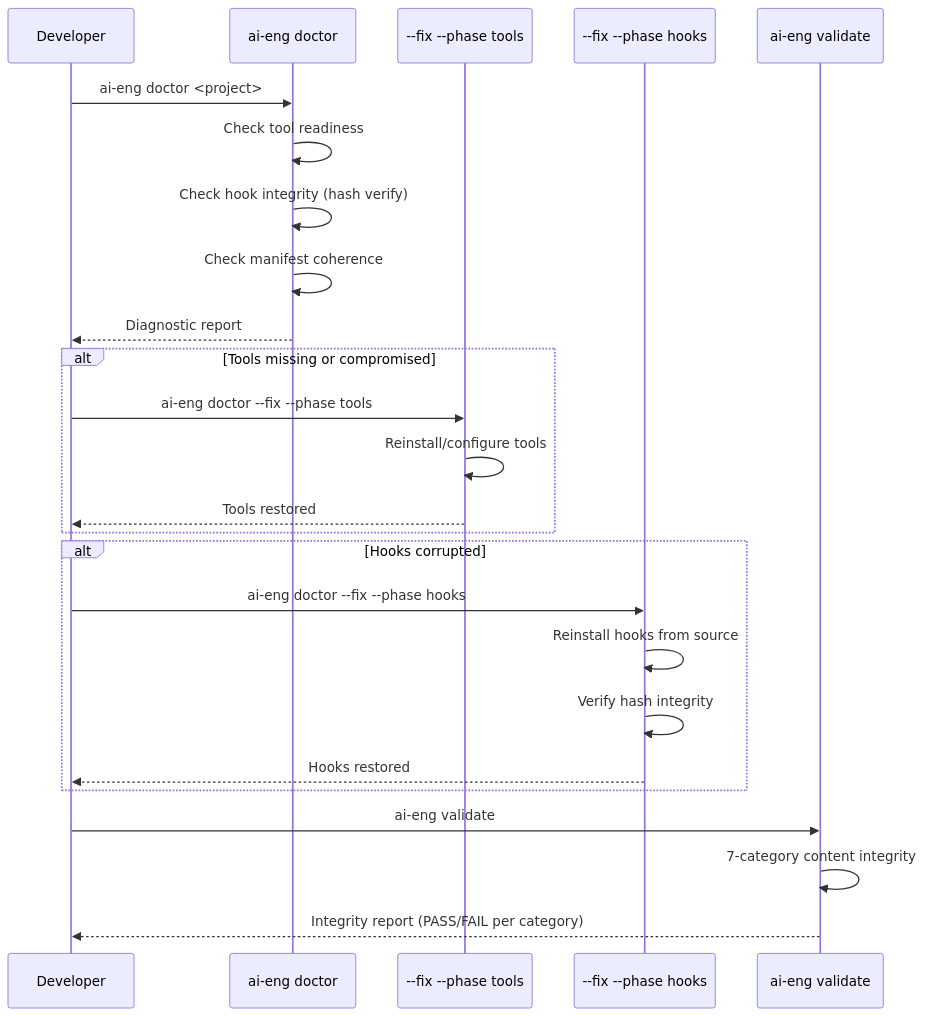
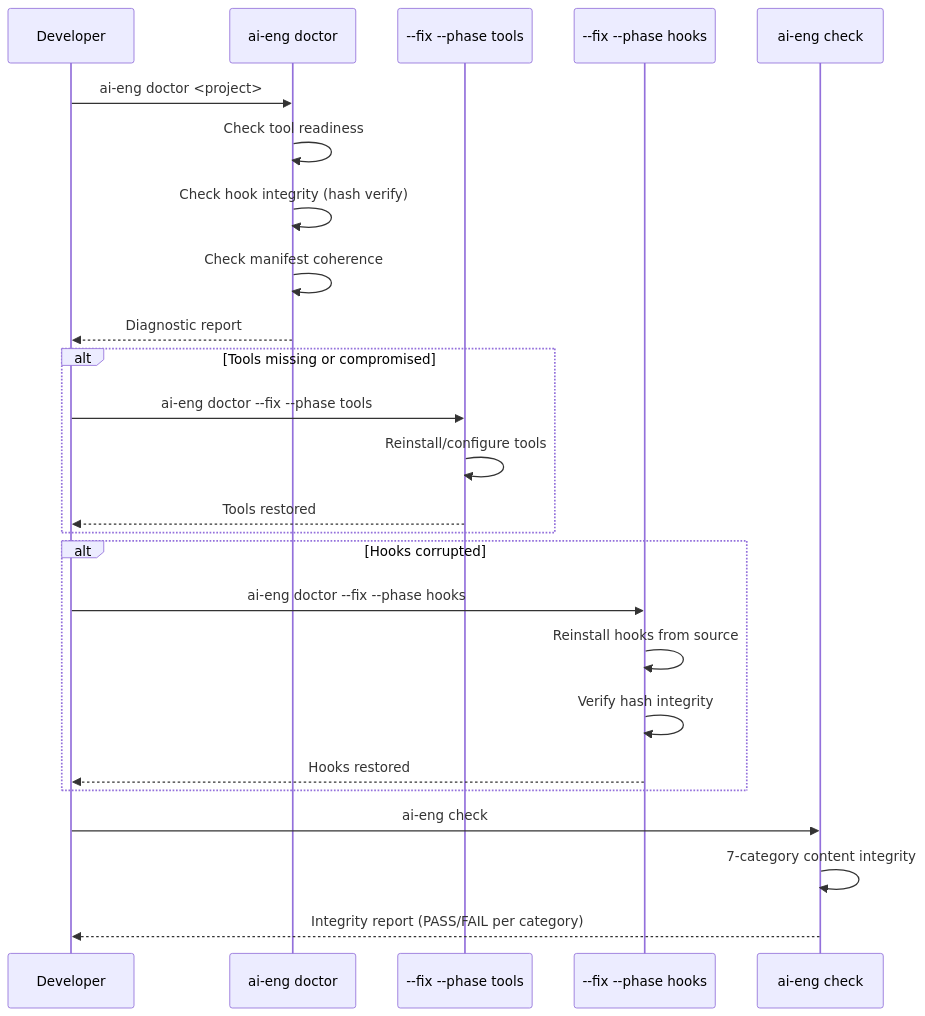
One commit to arcasilesgroup/ai-engineering changed the ninth of 10 diagrams in docs/solution-intent.md. Above: the diagram before and after it, drawn with Mermaid. The commit also changed other lines of this file and 12 other files, not shown here.

First line of the commit message:
chore(spec-132 sub-006): dogfood parity + dir schemas + README polish + PR closure

````diff
--- a/docs/solution-intent.md
+++ b/docs/solution-intent.md
@@ -525,31 +525,31 @@
 ```mermaid
 sequenceDiagram
     participant Dev as Developer
     participant Doctor as ai-eng doctor
     participant FixTools as --fix --phase tools
     participant FixHooks as --fix --phase hooks
-    participant Validate as ai-eng validate
+    participant Validate as ai-eng check
 
     Dev->>Doctor: ai-eng doctor <project>
     Doctor->>Doctor: Check tool readiness
     Doctor->>Doctor: Check hook integrity (hash verify)
     Doctor->>Doctor: Check manifest coherence
     Doctor-->>Dev: Diagnostic report
 
     alt Tools missing or compromised
         Dev->>FixTools: ai-eng doctor --fix --phase tools
         FixTools->>FixTools: Reinstall/configure tools
         FixTools-->>Dev: Tools restored
     end
 
     alt Hooks corrupted
         Dev->>FixHooks: ai-eng doctor --fix --phase hooks
         FixHooks->>FixHooks: Reinstall hooks from source
         FixHooks->>FixHooks: Verify hash integrity
         FixHooks-->>Dev: Hooks restored
     end
 
-    Dev->>Validate: ai-eng validate
+    Dev->>Validate: ai-eng check
     Validate->>Validate: 7-category content integrity
     Validate-->>Dev: Integrity report (PASS/FAIL per category)
 ```
````
